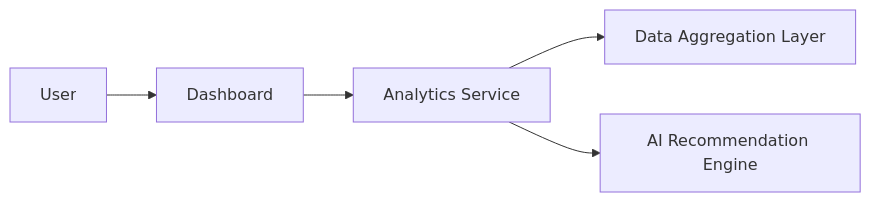
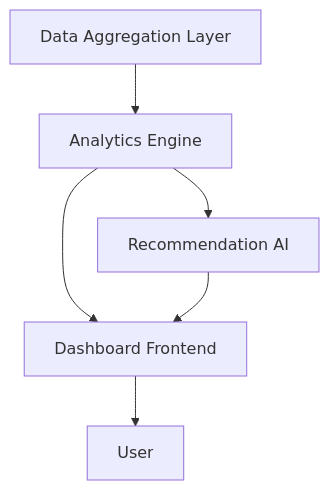
Before and after one commit to Davamani-git/APB_Demo: the diagram in HLD/QE-3972_HLD.md, drawn with Mermaid. The commit also changed other lines of this file and 3 other files, not shown here.

````diff
--- a/HLD/QE-3972_HLD.md
+++ b/HLD/QE-3972_HLD.md
@@ -4,12 +4,13 @@
 ```mermaid
-flowchart LR
-    A["User"]
-    B["Dashboard"]
-    C["Analytics Service"]
-    D["Data Aggregation Layer"]
-    E["AI Recommendation Engine"]
+flowchart TD
+    A["Data Aggregation Layer"]
+    B["Analytics Engine"]
+    C["Recommendation AI"]
+    D["Dashboard Frontend"]
+    E["User"]
     A --> B
+    B --> D
     B --> C
     C --> D
-    C --> E
+    D --> E
 ```
````
